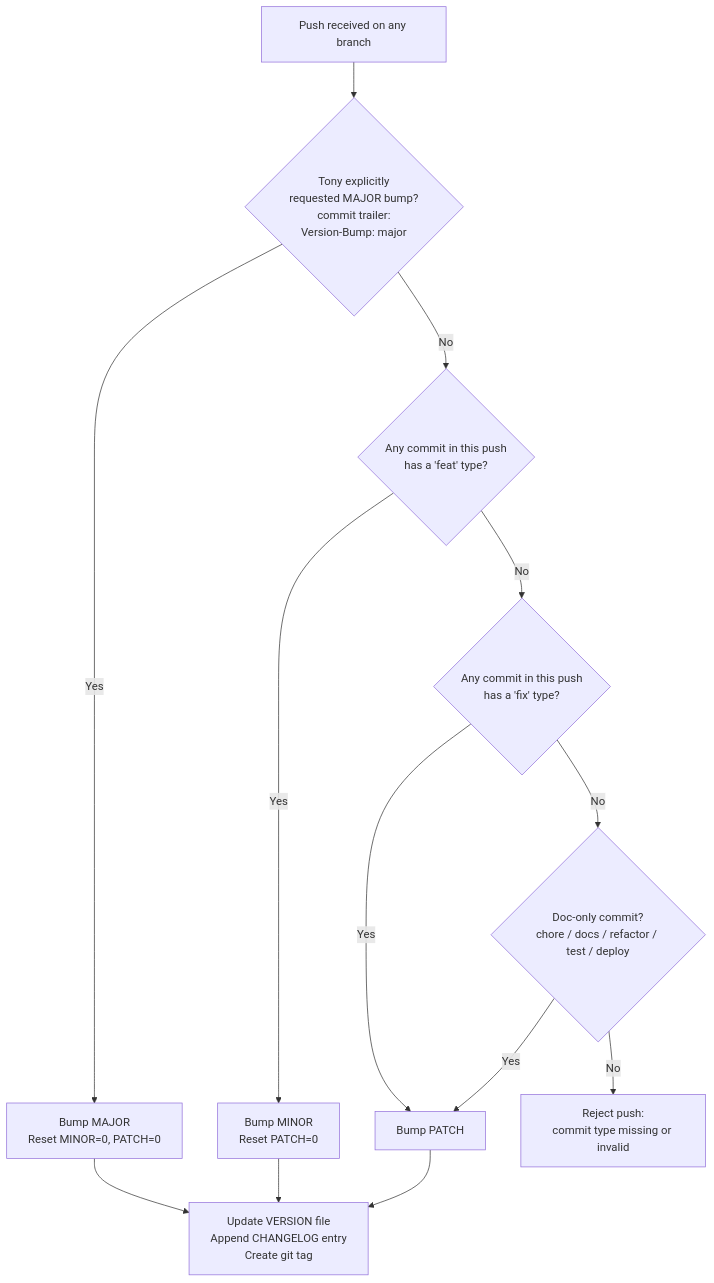
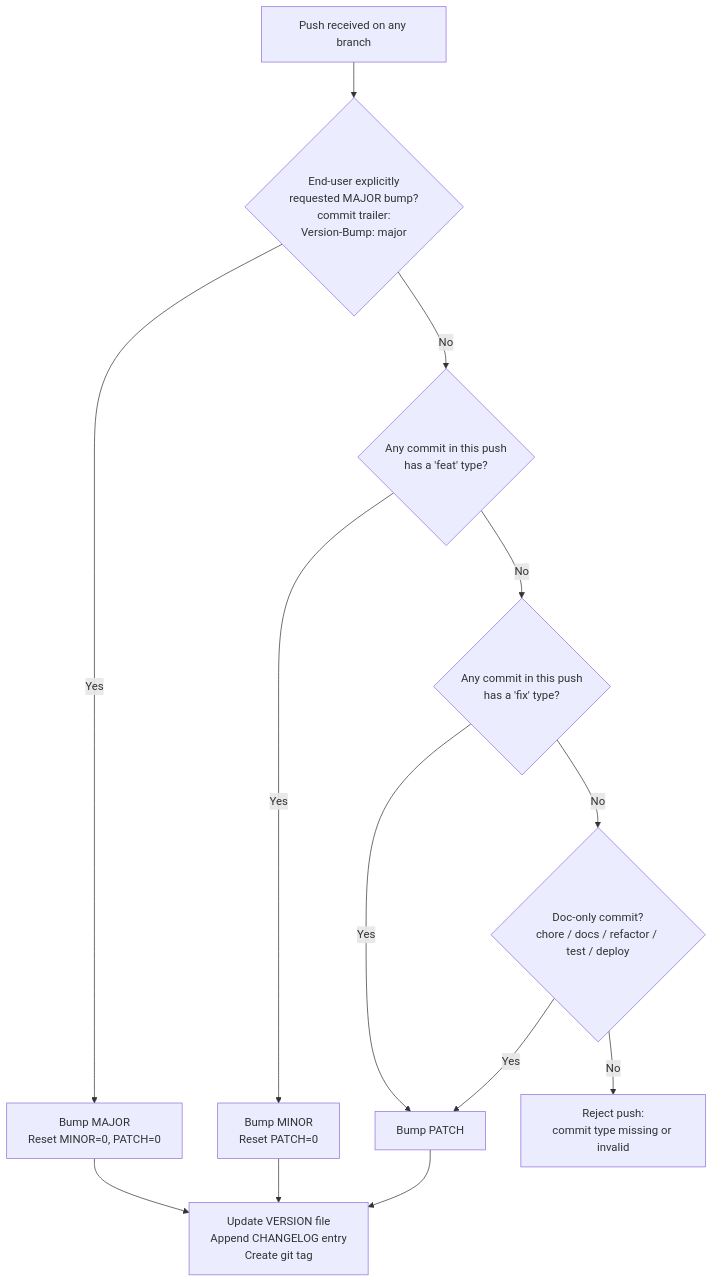
One commit to tonylnng/gateforge-blueprint-template changed the diagram in VERSIONING.md. Above: the diagram before and after it, drawn with Mermaid. The commit also changed other lines of this file and 14 other files, not shown here.

````diff
--- a/VERSIONING.md
+++ b/VERSIONING.md
@@ -65,15 +65,15 @@
 ```mermaid
 flowchart TD
-    A[Push received on any branch] --> B{Tony explicitly<br/>requested MAJOR bump?<br/>commit trailer:<br/>Version-Bump: major}
+    A[Push received on any branch] --> B{End-user explicitly<br/>requested MAJOR bump?<br/>commit trailer:<br/>Version-Bump: major}
     B -->|Yes| C[Bump MAJOR<br/>Reset MINOR=0, PATCH=0]
     B -->|No| D{Any commit in this push<br/>has a 'feat' type?}
     D -->|Yes| E[Bump MINOR<br/>Reset PATCH=0]
     D -->|No| F{Any commit in this push<br/>has a 'fix' type?}
     F -->|Yes| G[Bump PATCH]
     F -->|No| H{Doc-only commit?<br/>chore / docs / refactor / test / deploy}
     H -->|Yes| G
     H -->|No| I[Reject push:<br/>commit type missing or invalid]
     C --> J[Update VERSION file<br/>Append CHANGELOG entry<br/>Create git tag]
     E --> J
     G --> J
 ```
````
